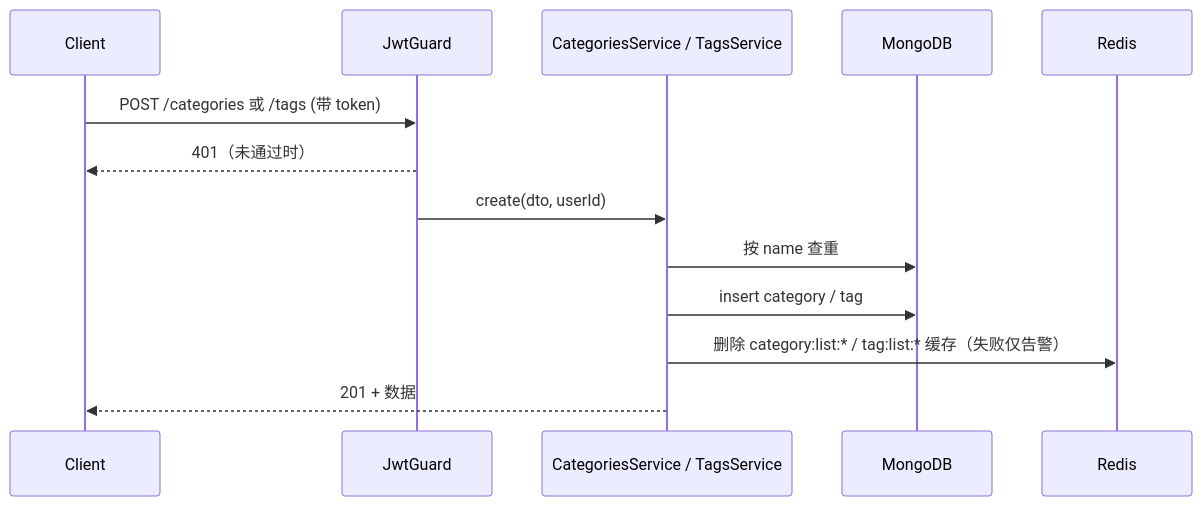
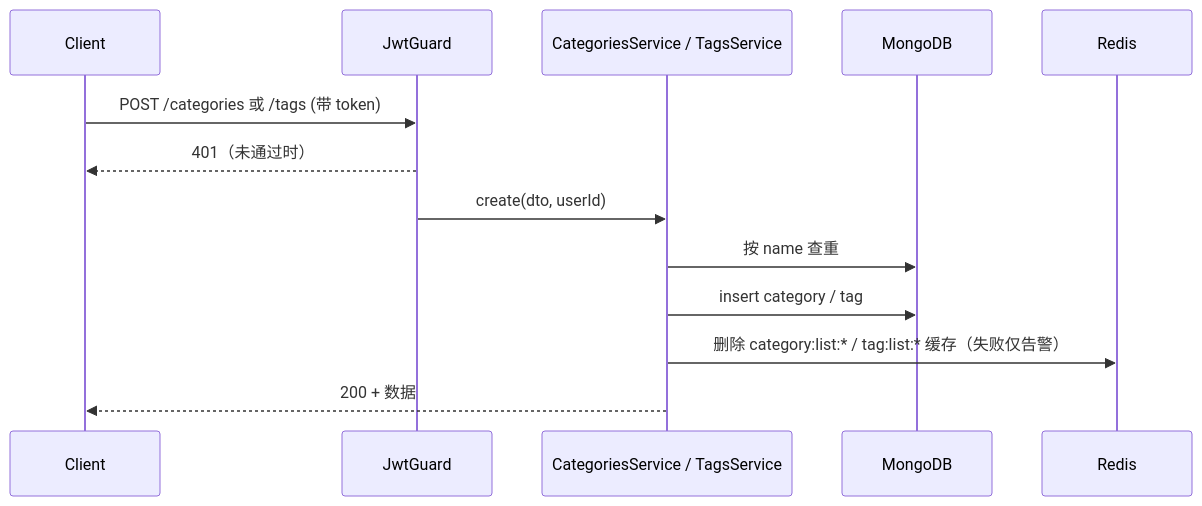
The second of 5 diagrams in docs/architecture/data-flows.md (Qiuyaxian/ai-blog-backtend), drawn with Mermaid before and after one commit. The commit also changed other lines of this file and 58 other files, not shown here.

````diff
--- a/docs/architecture/data-flows.md
+++ b/docs/architecture/data-flows.md
@@ -52,15 +52,15 @@
 ```mermaid
 sequenceDiagram
     participant C as Client
     participant G as JwtGuard
     participant S as CategoriesService / TagsService
     participant DB as MongoDB
     participant R as Redis
     C->>G: POST /categories 或 /tags (带 token)
     G-->>C: 401（未通过时）
     G->>S: create(dto, userId)
     S->>DB: 按 name 查重
     S->>DB: insert category / tag
     S->>R: 删除 category:list:* / tag:list:* 缓存（失败仅告警）
-    S-->>C: 201 + 数据
+    S-->>C: 200 + 数据
 ```
````
